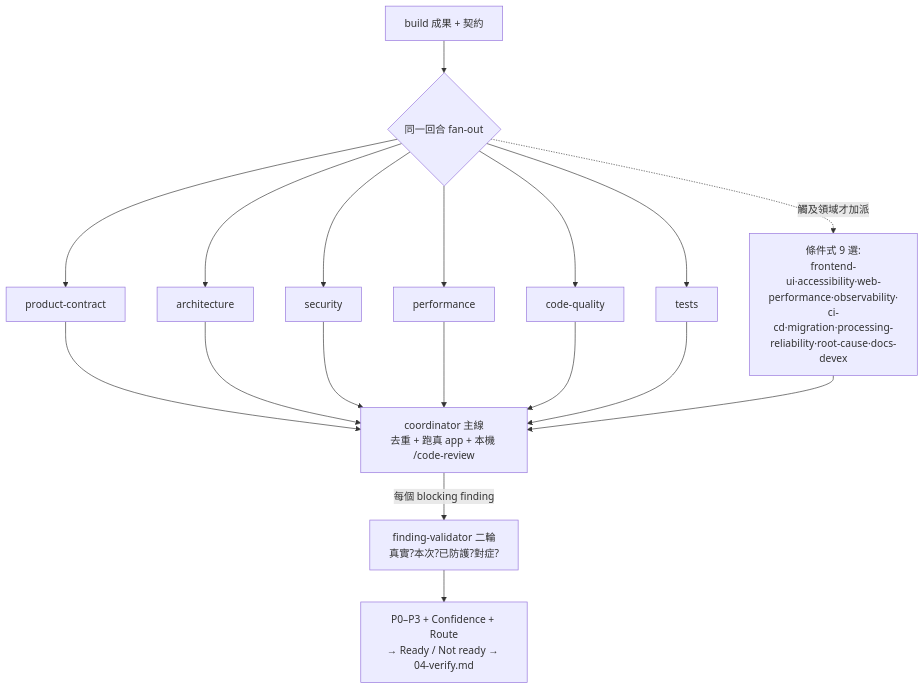
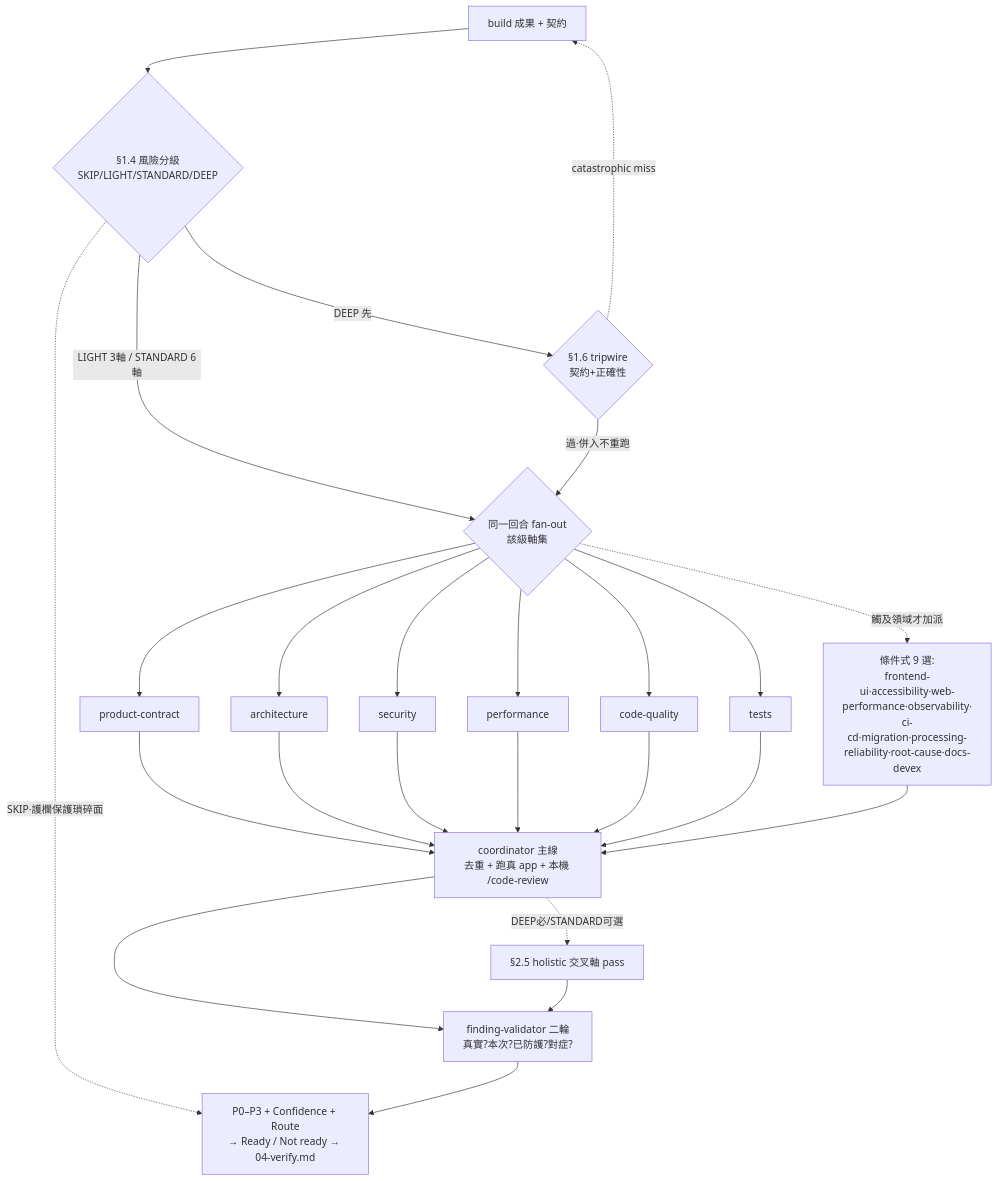
The third of 3 diagrams in plugins/loops-workflow/docs/FLOW.md (adha9990/dev-workflows), drawn with Mermaid before and after one commit. The commit also changed other lines of this file and 4 other files, not shown here.

First line of the commit message:
feat(verify)：新增 holistic 交叉軸 pass + 文件同步

````diff
--- a/plugins/loops-workflow/docs/FLOW.md
+++ b/plugins/loops-workflow/docs/FLOW.md
@@ -165,14 +165,21 @@
 ```mermaid
 flowchart TD
-    BUILD[build 成果 + 契約] --> FAN{同一回合 fan-out}
+    BUILD[build 成果 + 契約] --> TR{§1.4 風險分級<br/>SKIP/LIGHT/STANDARD/DEEP}
+    TR -.SKIP·護欄保護瑣碎面.-> OUT
+    TR -->|DEEP 先| TW{§1.6 tripwire<br/>契約+正確性}
+    TW -.catastrophic miss.-> BUILD
+    TR -->|LIGHT 3軸 / STANDARD 6軸| FAN{同一回合 fan-out<br/>該級軸集}
+    TW -->|過·併入不重跑| FAN
     FAN --> C1[product-contract]
     FAN --> C2[architecture]
     FAN --> C3[security]
     FAN --> C4[performance]
     FAN --> C5[code-quality]
     FAN --> C6[tests]
     FAN -.觸及領域才加派.-> COND[條件式 9 選:<br/>frontend-ui·accessibility·web-performance·observability·<br/>ci-cd·migration·processing-reliability·root-cause·docs-devex]
     C1 & C2 & C3 & C4 & C5 & C6 & COND --> CO[coordinator 主線<br/>去重 + 跑真 app + 本機 /code-review]
-    CO -->|每個 blocking finding| FV[finding-validator 二輪<br/>真實?本次?已防護?對症?]
+    CO -.DEEP必/STANDARD可選.-> HOL[§2.5 holistic 交叉軸 pass]
+    CO --> FV[finding-validator 二輪<br/>真實?本次?已防護?對症?]
+    HOL --> FV
     FV --> OUT[P0–P3 + Confidence + Route<br/>→ Ready / Not ready → 04-verify.md]
 ```
````
